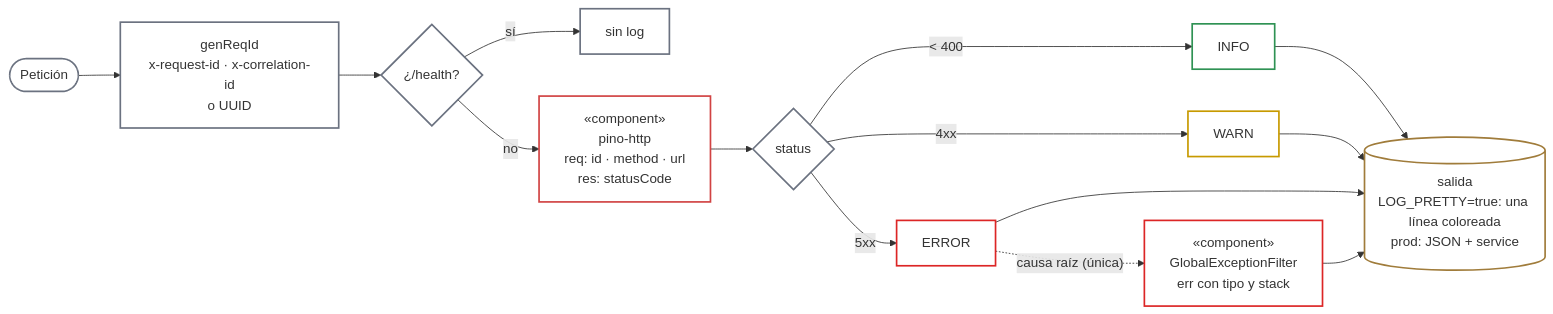
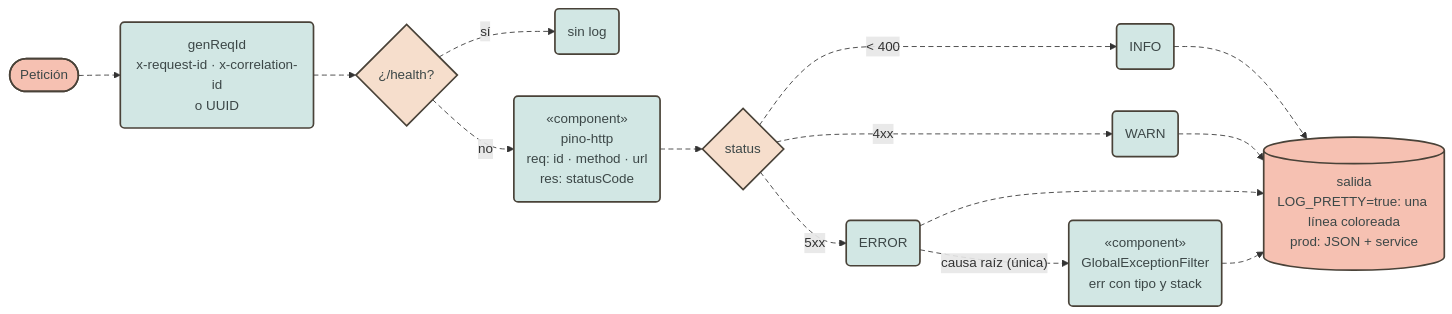
Before and after one commit to pcarroza91/nest-template: diagram 16 of 19 in docs/architecture.md, drawn with Mermaid. The commit also changed other lines of this file and 2 other files, not shown here.

First line of the commit message:
docs(architecture): aplica el estilo pastel por rol a los diagramas Mermaid

````diff
--- a/docs/architecture.md
+++ b/docs/architecture.md
@@ -704,36 +684,31 @@
 ```mermaid
 flowchart LR
     REQ(["Petición"])
-    RID["genReqId<br/>x-request-id · x-correlation-id<br/>o UUID"]
+    RID("genReqId<br/>x-request-id · x-correlation-id<br/>o UUID")
     SIL{"¿/health?"}
-    NOLOG["sin log"]
-    PH["«component»<br/>pino-http<br/>req: id · method · url<br/>res: statusCode"]
+    NOLOG("sin log")
+    PH("«component»<br/>pino-http<br/>req: id · method · url<br/>res: statusCode")
     LVL{"status"}
-    INFO["INFO"]
-    WARN["WARN"]
-    ERRL["ERROR"]
-    FIL["«component»<br/>GlobalExceptionFilter<br/>err con tipo y stack"]
+    INFO("INFO")
+    WARN("WARN")
+    ERRL("ERROR")
+    FIL("«component»<br/>GlobalExceptionFilter<br/>err con tipo y stack")
     OUT[("salida<br/>LOG_PRETTY=true: una línea coloreada<br/>prod: JSON + service")]
 
     REQ --> RID --> SIL
     SIL -- "sí" --> NOLOG
     SIL -- "no" --> PH --> LVL
     LVL -- "< 400" --> INFO
     LVL -- "4xx" --> WARN
     LVL -- "5xx" --> ERRL
     ERRL -. "causa raíz (única)" .-> FIL
     INFO & WARN & ERRL & FIL --> OUT
 
-    classDef pure fill:transparent,stroke:#6b7280,stroke-width:2px
-    classDef core fill:transparent,stroke:#d14343,stroke-width:2px
-    classDef shared fill:transparent,stroke:#2f9254,stroke-width:2px
-    classDef warn fill:transparent,stroke:#c79a00,stroke-width:2px
-    classDef bad fill:transparent,stroke:#dc2626,stroke-width:2px
-    classDef ext fill:transparent,stroke:#a07c3b,stroke-width:2px
-    class REQ,RID,SIL,LVL,NOLOG pure
-    class PH core
-    class INFO shared
-    class WARN warn
-    class ERRL,FIL bad
-    class OUT ext
+    classDef shared fill:#d2e7e4,stroke:#494238,stroke-width:2px,color:#3c4747
+    classDef ext fill:#f6c1b2,stroke:#494238,stroke-width:2px,color:#3c4747
+    class RID,NOLOG,PH,INFO,WARN,ERRL,FIL shared
+    class REQ,OUT ext
+    classDef decision fill:#f6decc,stroke:#494238,stroke-width:2px,color:#3c4747
+    class SIL,LVL decision
+    linkStyle default stroke-dasharray:6 4
 ```
````
